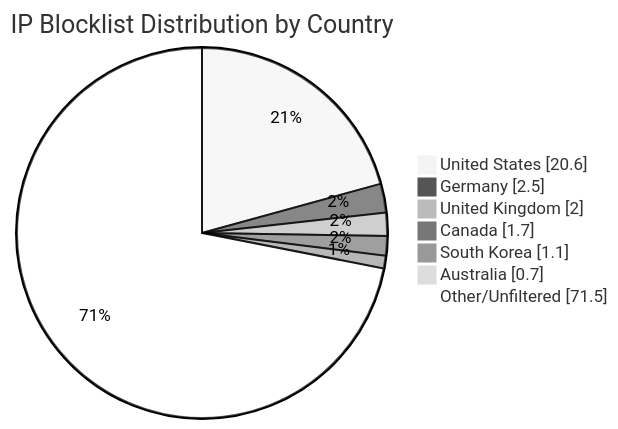
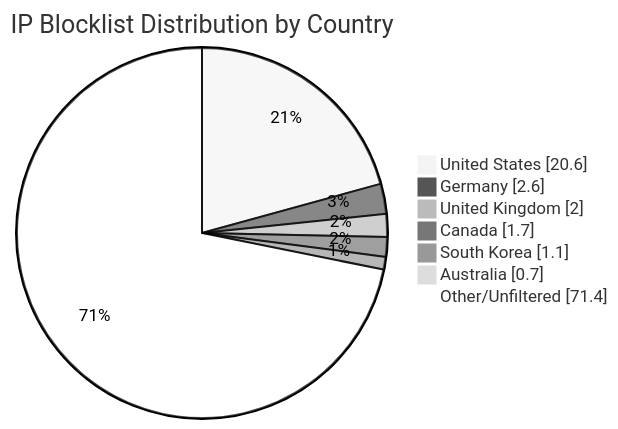
One commit to MarcusHoltz/ipblocklist-geofiltered-aggregator changed the diagram in README.md. Above: the diagram before and after it, drawn with Mermaid (neutral theme). The commit also changed other lines of this file and 9 other files, not shown here.

````diff
--- a/README.md
+++ b/README.md
@@ -34,10 +34,10 @@
 ```mermaid
 pie showData title IP Blocklist Distribution by Country
 "United States" : 20.6
-"Germany" : 2.5
+"Germany" : 2.6
 "United Kingdom" : 2.0
 "Canada" : 1.7
 "South Korea" : 1.1
 "Australia" : 0.7
-"Other/Unfiltered" : 71.5
+"Other/Unfiltered" : 71.4
 ```
````
